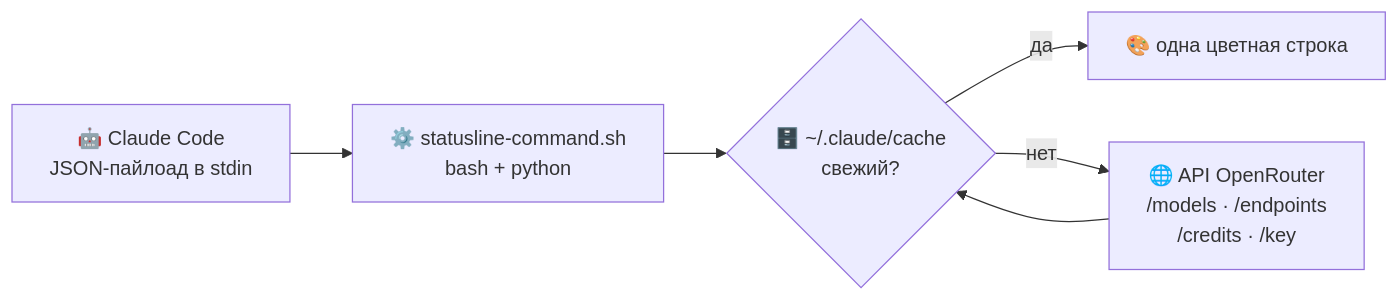
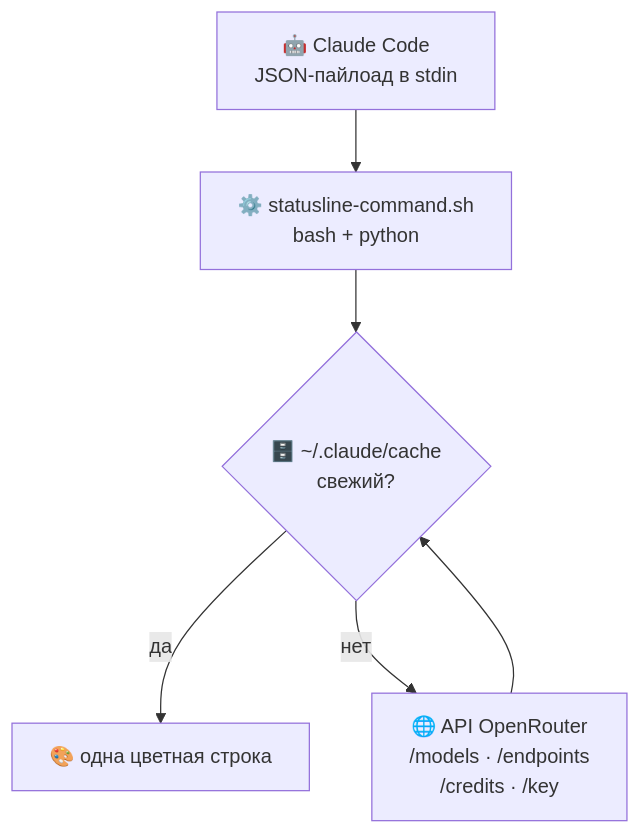
One commit to dobrdigital/CLAUDE.openrouter.STATBAR changed the second of 2 diagrams in README.md. Above: the diagram before and after it, drawn with Mermaid. The commit also changed other lines of this file, not shown here.

Commit message:
README: top-down diagram so GitHub zoom controls don't cover nodes

````diff
--- a/README.md
+++ b/README.md
@@ -310,8 +310,8 @@
 ```mermaid
-flowchart LR
+flowchart TD
     A["🤖 Claude Code<br/>JSON-пайлоад в stdin"] --> B["⚙️ statusline-command.sh<br/>bash + python"]
     B --> C{"🗄️ ~/.claude/cache<br/>свежий?"}
     C -- да --> E["🎨 одна цветная строка"]
     C -- нет --> D["🌐 API OpenRouter<br/>/models · /endpoints<br/>/credits · /key"]
     D --> C
 ```
````
